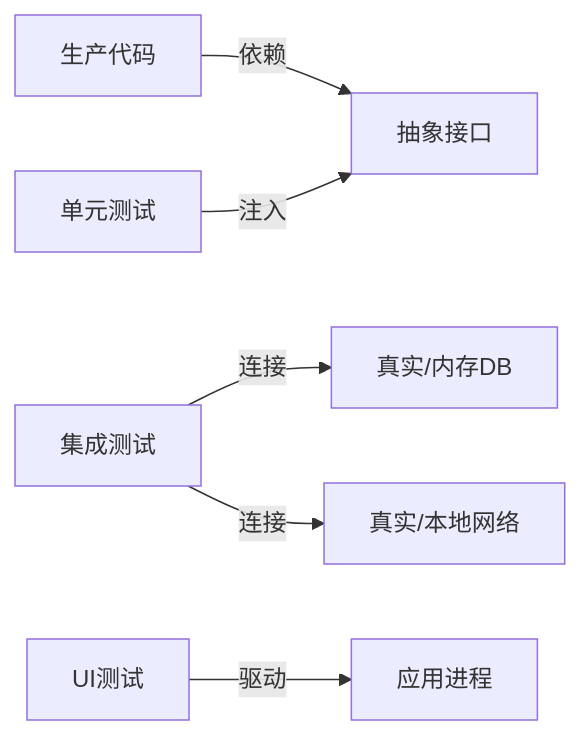
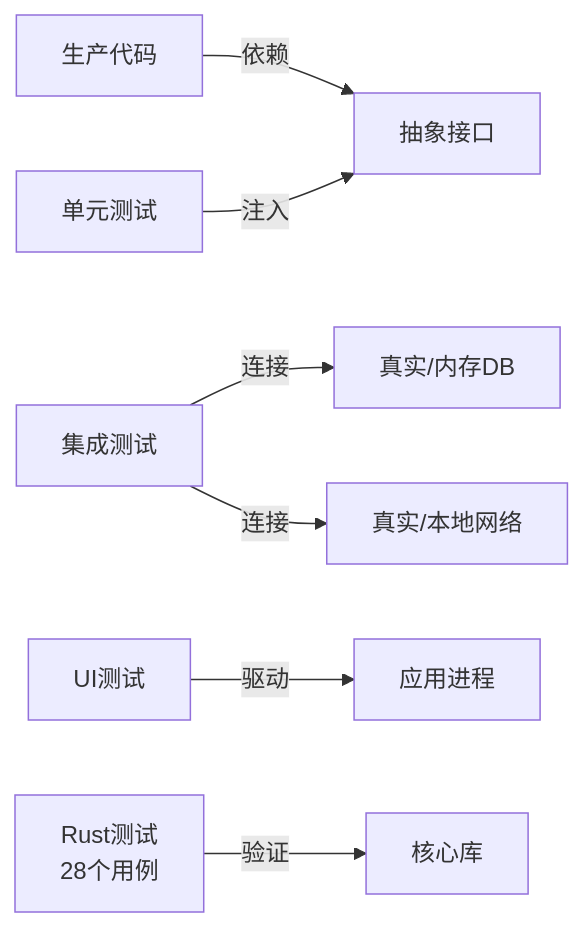
One commit to ZhangGHGitHub/LegadoTeamFlutter changed the fourth of 5 diagrams in .qoder/repowiki/zh/content/开发指南/测试策略/测试策略.md. Above: the diagram before and after it, drawn with Mermaid. The commit also changed other lines of this file and 66 other files, not shown here.

````diff
--- a/.qoder/repowiki/zh/content/开发指南/测试策略/测试策略.md
+++ b/.qoder/repowiki/zh/content/开发指南/测试策略/测试策略.md
@@ -236,8 +283,9 @@
 ```mermaid
 graph LR
 Prod["生产代码"] --> |依赖| Abstraction["抽象接口"]
 TestU["单元测试"] --> |注入| Abstraction
 TestI["集成测试"] --> |连接| RealDB["真实/内存DB"]
 TestI --> |连接| RealNet["真实/本地网络"]
 TestUI["UI测试"] --> |驱动| App["应用进程"]
+RUST_TEST["Rust测试<br/>28个用例"] --> |验证| CoreLibs["核心库"]
 ```
````
